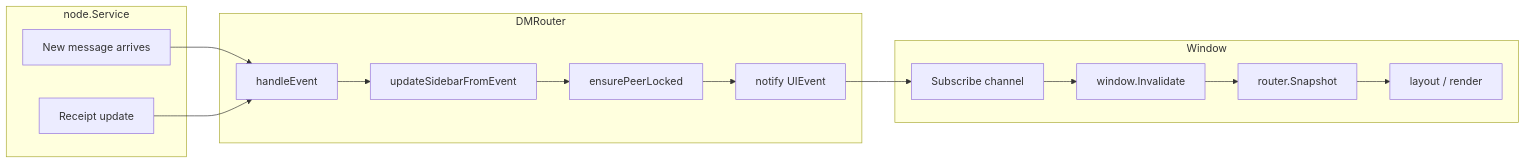
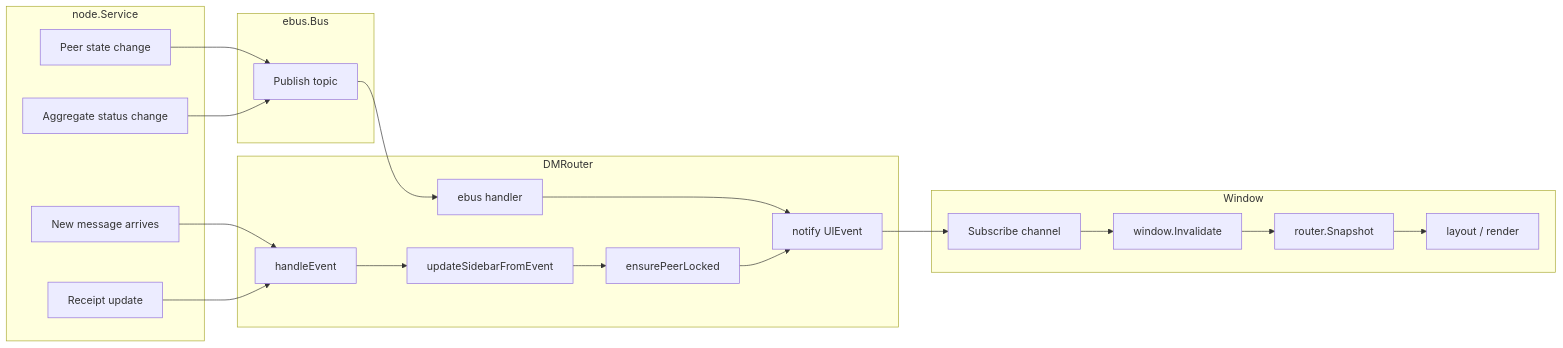
One commit to piratecash/corsa changed the third of 10 diagrams in docs/ui.md. Above: the diagram before and after it, drawn with Mermaid. The commit also changed other lines of this file and 75 other files, not shown here.

First line of the commit message:
refactor(ebus): introduce async topic bus and move node state propagation onto ebus

````diff
--- a/docs/ui.md
+++ b/docs/ui.md
@@ -121,31 +126,42 @@
 ```mermaid
 flowchart LR
     subgraph Node["node.Service"]
         MSG[New message arrives]
         RCV[Receipt update]
+        PEER[Peer state change]
+        AGG[Aggregate status change]
+    end
+
+    subgraph eBus["ebus.Bus"]
+        PUB[Publish topic]
     end
 
     subgraph Router["DMRouter"]
         EVT[handleEvent]
+        EBUS_H[ebus handler]
         SIDE[updateSidebarFromEvent]
         ENSURE[ensurePeerLocked]
         NOTIFY[notify UIEvent]
     end
 
     subgraph Window["Window"]
         SUB[Subscribe channel]
         INV[window.Invalidate]
         SNAP[router.Snapshot]
         LAYOUT[layout / render]
     end
 
     MSG --> EVT
     RCV --> EVT
+    PEER --> PUB
+    AGG --> PUB
+    PUB --> EBUS_H
+    EBUS_H --> NOTIFY
     EVT --> SIDE
     SIDE --> ENSURE
     ENSURE --> NOTIFY
     NOTIFY --> SUB
     SUB --> INV
     INV --> SNAP
     SNAP --> LAYOUT
 ```
````
